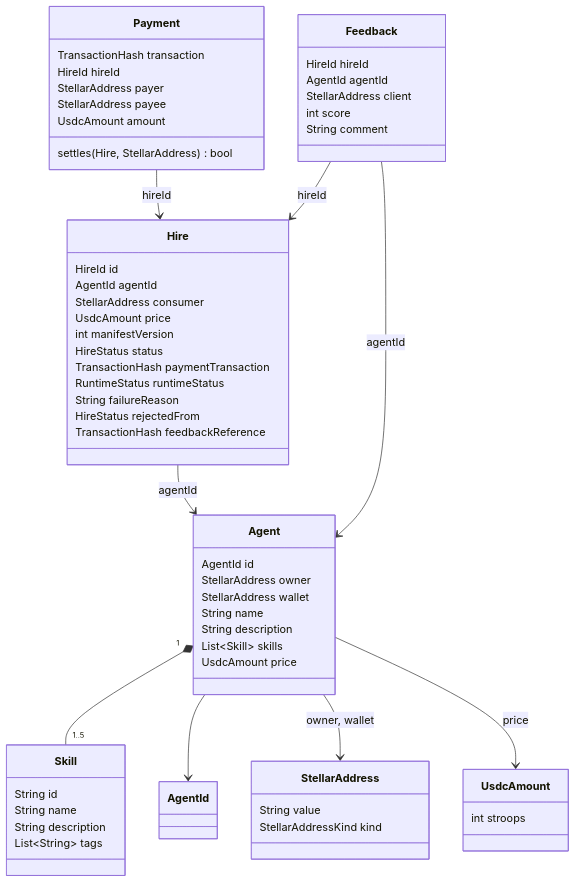
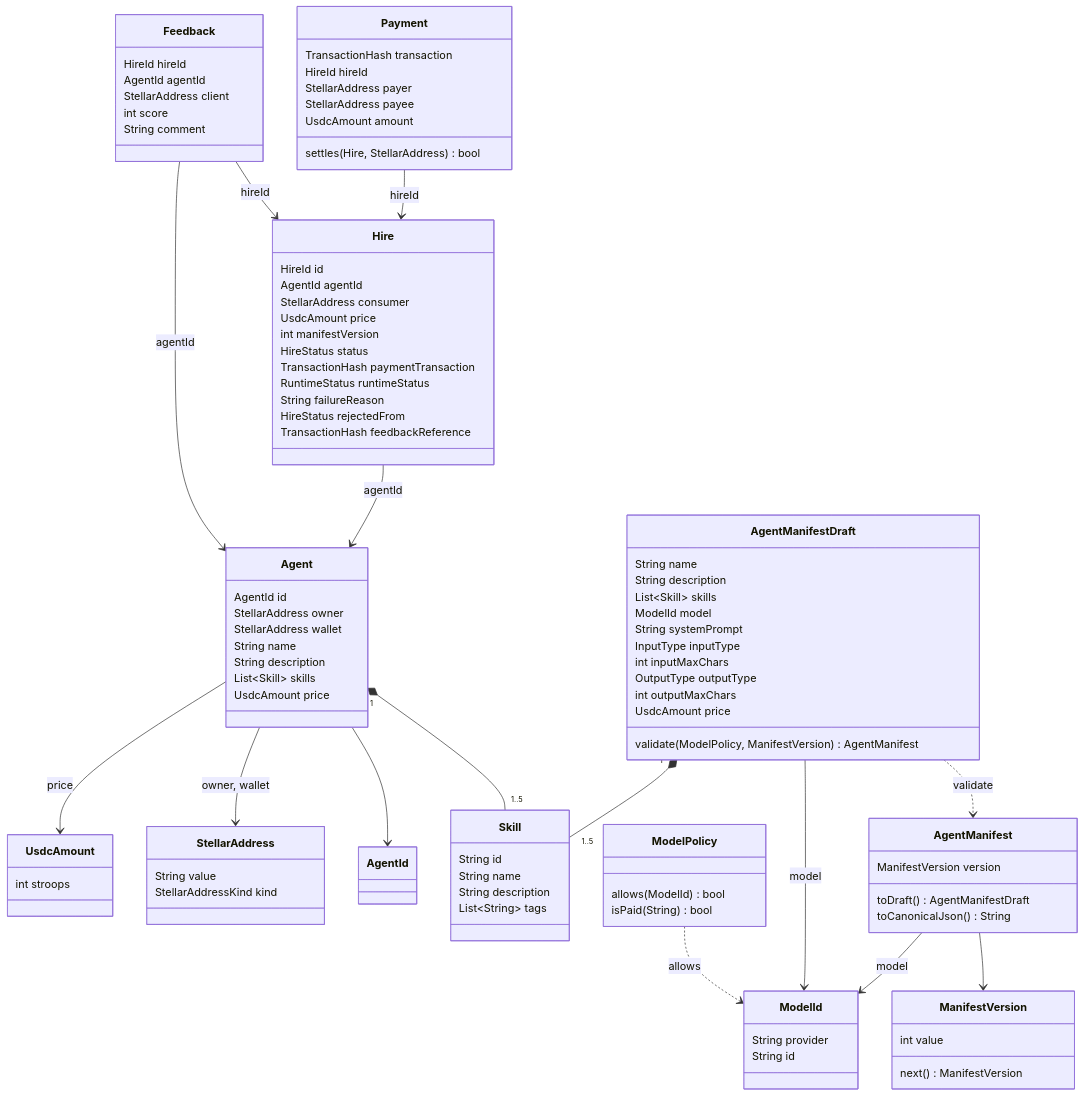
The diagram in docs/domain/model.md (Zer0-Knowledge-Hack/puls3), drawn with Mermaid before and after one commit. The commit also changed other lines of this file and 13 other files, not shown here.

First line of the commit message:
feat(domain): agent manifest JSON, canonical form and docs (#34, 3/3) (#142)

```diff
--- a/docs/domain/model.md
+++ b/docs/domain/model.md
@@ -72,7 +77,43 @@
   class UsdcAmount {
     int stroops
   }
+  class AgentManifestDraft {
+    String name
+    String description
+    List~Skill~ skills
+    ModelId model
+    String systemPrompt
+    InputType inputType
+    int inputMaxChars
+    OutputType outputType
+    int outputMaxChars
+    UsdcAmount price
+    validate(ModelPolicy, ManifestVersion) AgentManifest
+  }
+  class AgentManifest {
+    ManifestVersion version
+    toDraft() AgentManifestDraft
+    toCanonicalJson() String
+  }
+  class ModelId {
+    String provider
+    String id
+  }
+  class ModelPolicy {
+    allows(ModelId) bool
+    isPaid(String) bool
+  }
+  class ManifestVersion {
+    int value
+    next() ManifestVersion
+  }
   Agent "1" *-- "1..5" Skill
+  AgentManifestDraft ..> AgentManifest : validate
+  AgentManifestDraft --> ModelId : model
+  AgentManifestDraft "1" *-- "1..5" Skill
+  AgentManifest --> ManifestVersion
+  AgentManifest --> ModelId : model
+  ModelPolicy ..> ModelId : allows
   Agent --> AgentId
   Agent --> StellarAddress : owner, wallet
   Agent --> UsdcAmount : price
```
